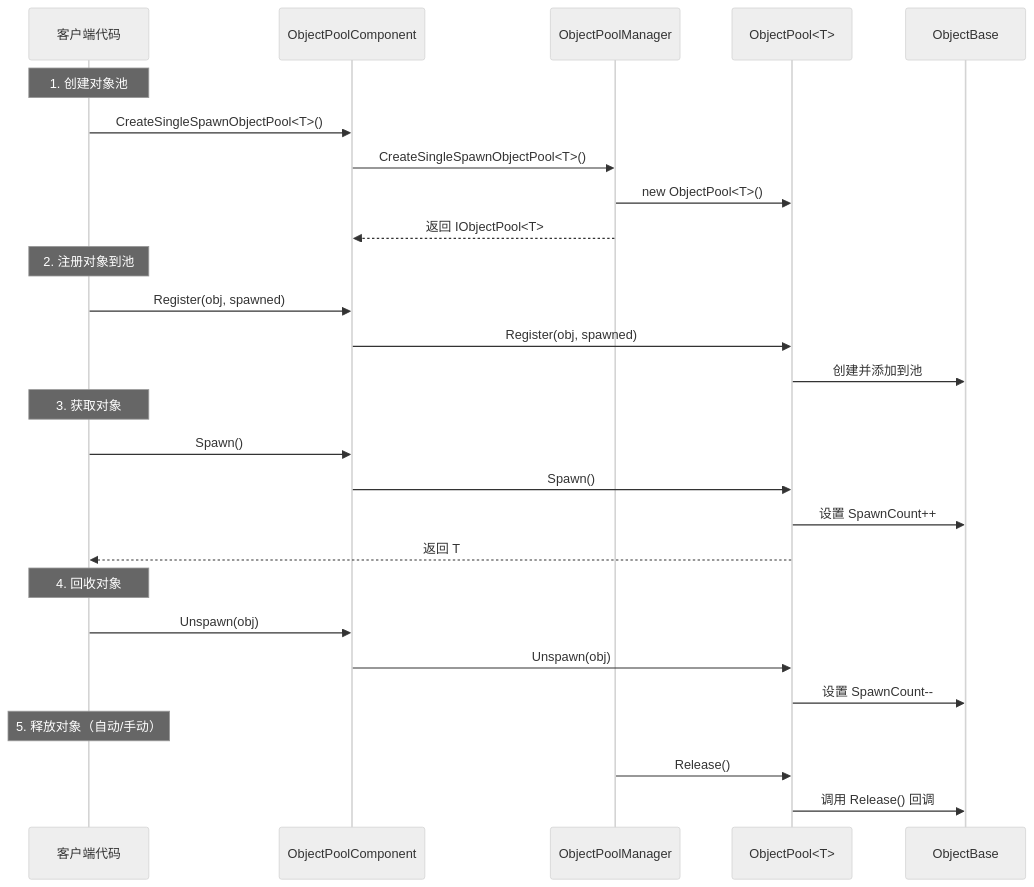
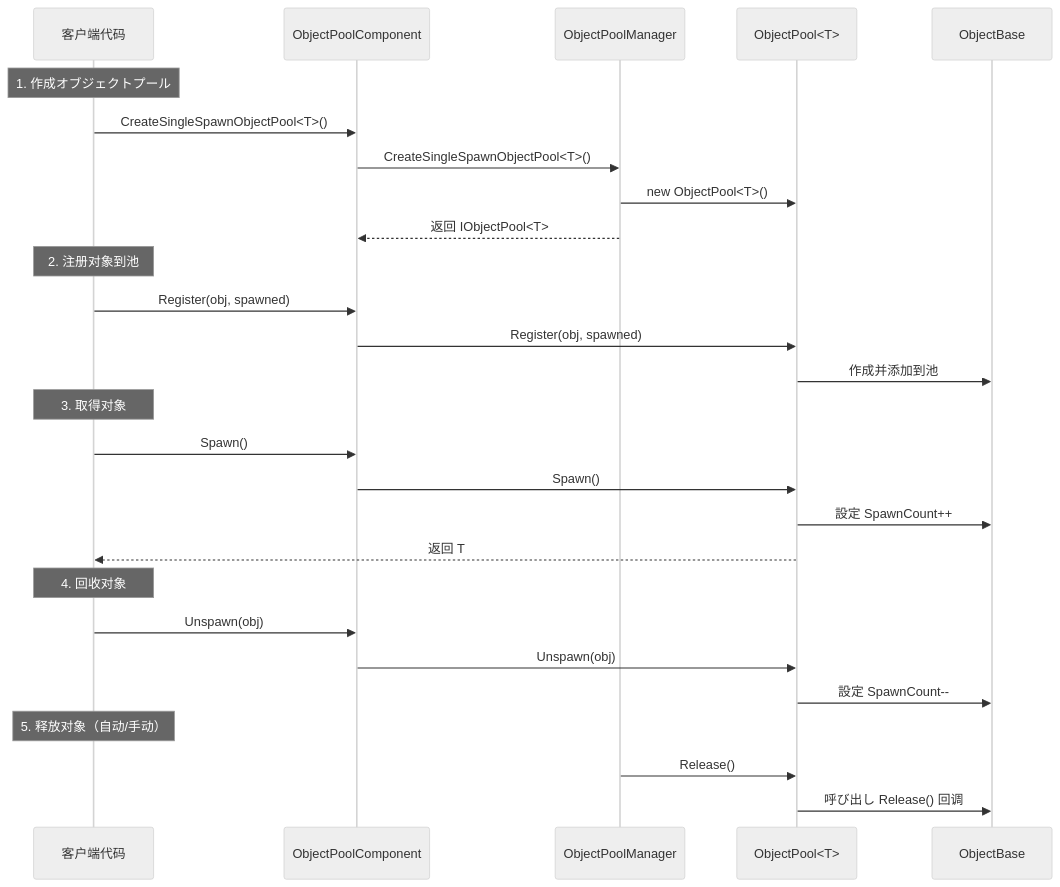
Before and after one commit to AlianBlank/GameFrameX.Docs: the second of 2 diagrams in docs/ja/client/unity/component/core/07.object-pool.md, drawn with Mermaid (neutral theme). The commit also changed other lines of this file and 603 other files, not shown here.

````diff
--- a/docs/ja/client/unity/component/core/07.object-pool.md
+++ b/docs/ja/client/unity/component/core/07.object-pool.md
@@ -149,34 +149,34 @@
 ```mermaid
 sequenceDiagram
     participant Client as 客户端代码
     participant Component as ObjectPoolComponent
     participant Manager as ObjectPoolManager
     participant Pool as ObjectPool<T>
     participant Object as ObjectBase
 
-    Note over Client: 1. 创建对象池
+    Note over Client: 1. 作成オブジェクトプール
     Client->>Component: CreateSingleSpawnObjectPool<T>()
     Component->>Manager: CreateSingleSpawnObjectPool<T>()
     Manager->>Pool: new ObjectPool<T>()
     Manager-->>Component: 返回 IObjectPool<T>
     
     Note over Client: 2. 注册对象到池
     Client->>Component: Register(obj, spawned)
     Component->>Pool: Register(obj, spawned)
-    Pool->>Object: 创建并添加到池
+    Pool->>Object: 作成并添加到池
     
-    Note over Client: 3. 获取对象
+    Note over Client: 3. 取得对象
     Client->>Component: Spawn()
     Component->>Pool: Spawn()
-    Pool->>Object: 设置 SpawnCount++
+    Pool->>Object: 設定 SpawnCount++
     Pool-->>Client: 返回 T
     
     Note over Client: 4. 回收对象
     Client->>Component: Unspawn(obj)
     Component->>Pool: Unspawn(obj)
-    Pool->>Object: 设置 SpawnCount--
+    Pool->>Object: 設定 SpawnCount--
     
     Note over Client: 5. 释放对象（自动/手动）
     Manager->>Pool: Release()
-    Pool->>Object: 调用 Release() 回调
+    Pool->>Object: 呼び出し Release() 回调
 ```
````
